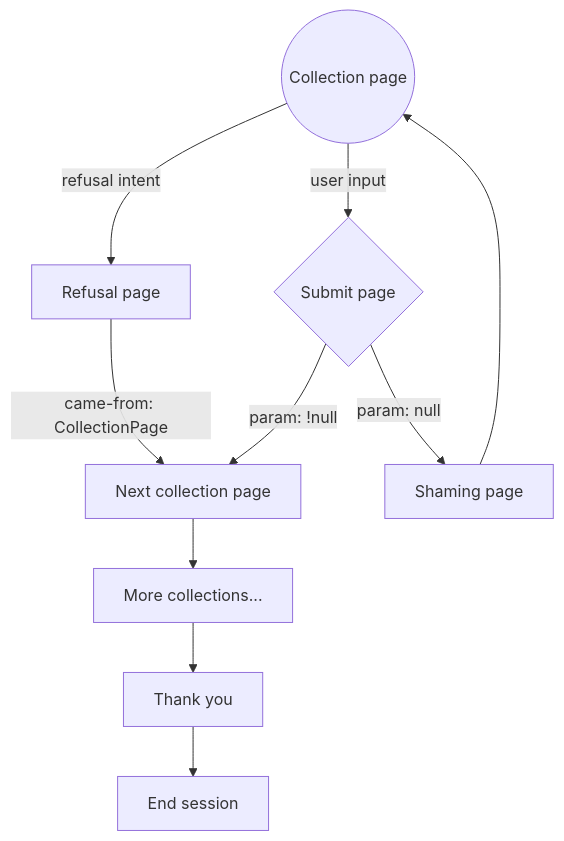
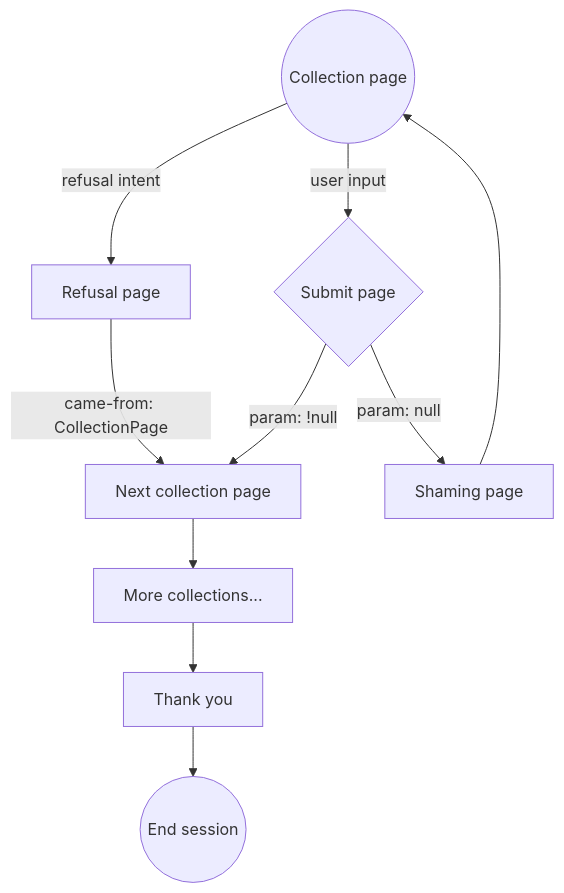
Before and after one commit to rchDev/game-of-points: the third of 3 diagrams in docs/conv-agent.md, drawn with Mermaid.

````diff
--- a/docs/conv-agent.md
+++ b/docs/conv-agent.md
@@ -119,21 +119,21 @@
 ```mermaid
 graph TD
     CollectionPage@{ shape: circle, label: "Collection page" }
     SubmitPage{"Submit page"}
     RefusalPage["Refusal page"]
     NextCollectionPage["Next collection page"]
     ShamingPage["Shaming page"]
     MoreCollection["More collections..."]
     ThankYou["Thank you"]
-    SessionEnd["End session"]
+    SessionEnd@{ shape: circle, label: "End session" }
 
     CollectionPage -->|"user input"| SubmitPage
     CollectionPage -->|"refusal intent"| RefusalPage
     RefusalPage -->|"came-from: CollectionPage"| NextCollectionPage
     SubmitPage -->|"param: !null"| NextCollectionPage
     SubmitPage -->|"param: null"| ShamingPage
     ShamingPage --> CollectionPage
     NextCollectionPage --> MoreCollection
     MoreCollection --> ThankYou
     ThankYou --> SessionEnd
 ```
````
